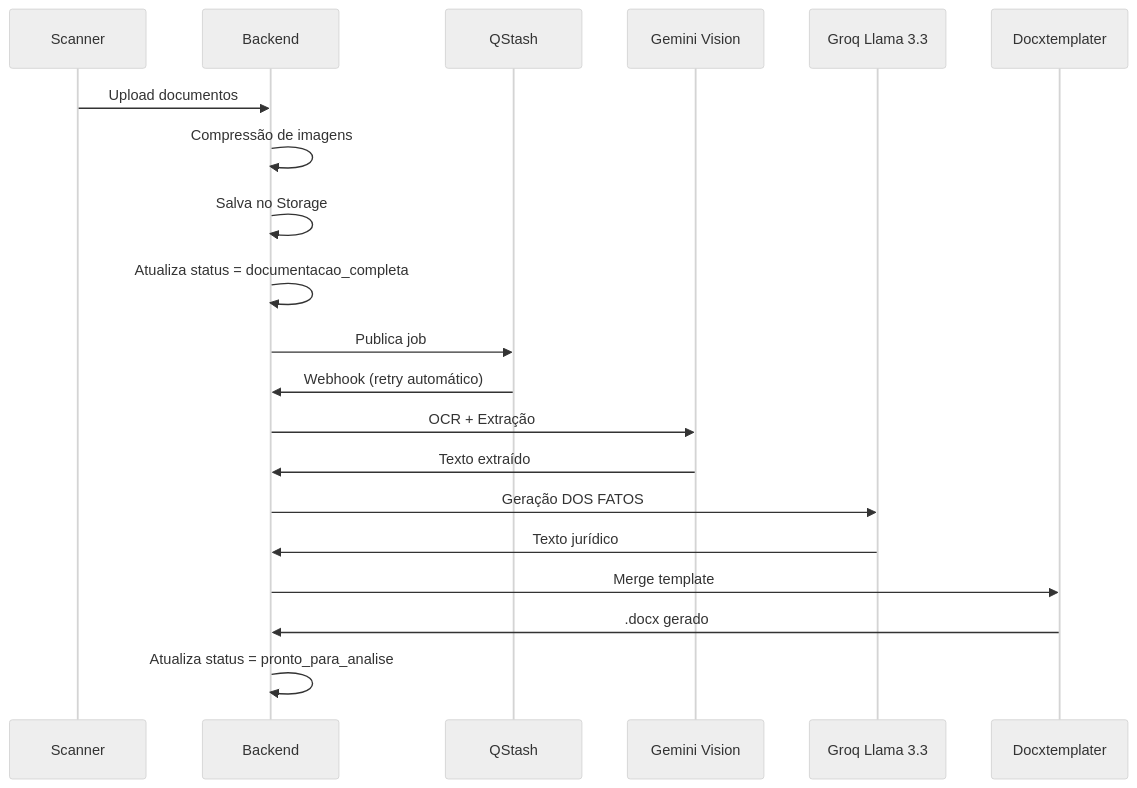
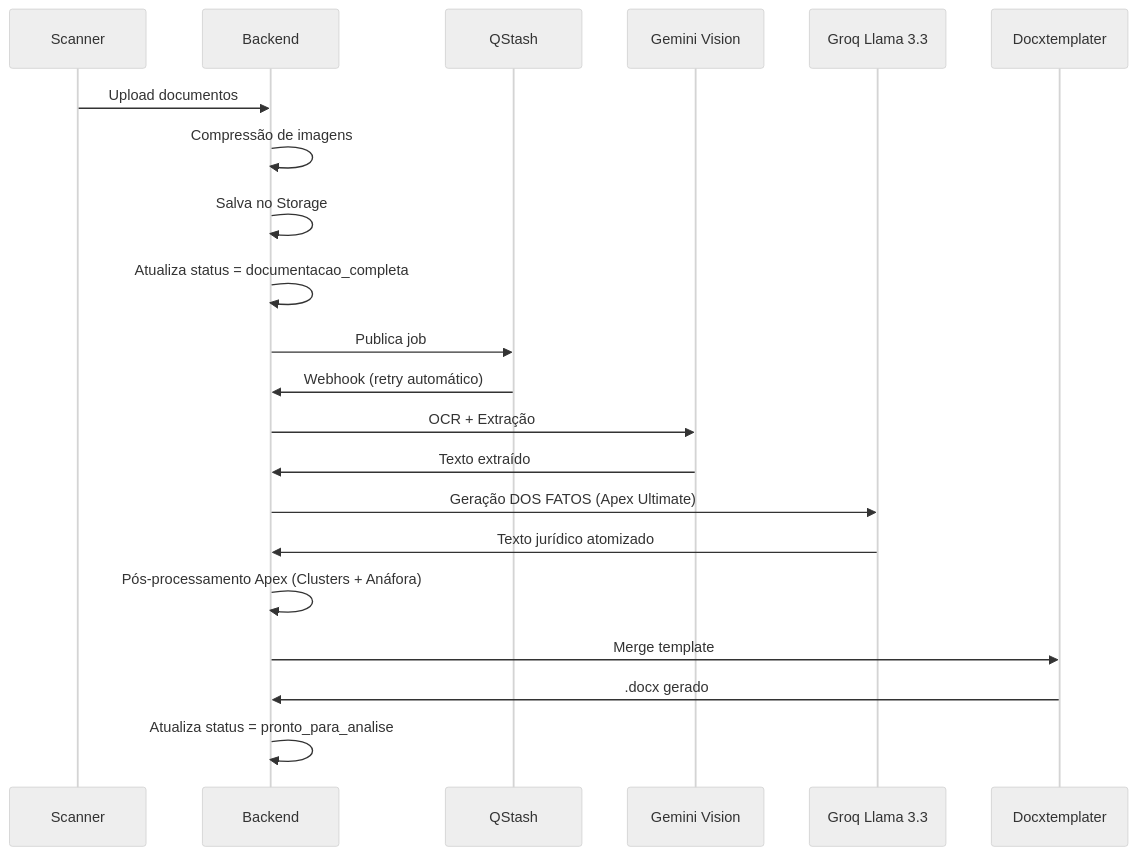
The third of 3 diagrams in arquivos/Conhecimento/01-Referencia/ARCHITECTURE.md (CJVW-Code/maes_acao), drawn with Mermaid (neutral theme) before and after one commit. The commit also changed other lines of this file and 16 other files, not shown here.

````diff
--- a/arquivos/Conhecimento/01-Referencia/ARCHITECTURE.md
+++ b/arquivos/Conhecimento/01-Referencia/ARCHITECTURE.md
@@ -285,23 +285,24 @@
 ```mermaid
 sequenceDiagram
     participant S as Scanner
     participant B as Backend
     participant Q as QStash
     participant G as Gemini Vision
     participant Groq as Groq Llama 3.3
     participant D as Docxtemplater
 
     S->>B: Upload documentos
     B->>B: Compressão de imagens
     B->>B: Salva no Storage
     B->>B: Atualiza status = documentacao_completa
     B->>Q: Publica job
     Q->>B: Webhook (retry automático)
     B->>G: OCR + Extração
     G->>B: Texto extraído
-    B->>Groq: Geração DOS FATOS
-    Groq->>B: Texto jurídico
+    B->>Groq: Geração DOS FATOS (Apex Ultimate)
+    Groq->>B: Texto jurídico atomizado
+    B->>B: Pós-processamento Apex (Clusters + Anáfora)
     B->>D: Merge template
     D->>B: .docx gerado
     B->>B: Atualiza status = pronto_para_analise
 ```
````
